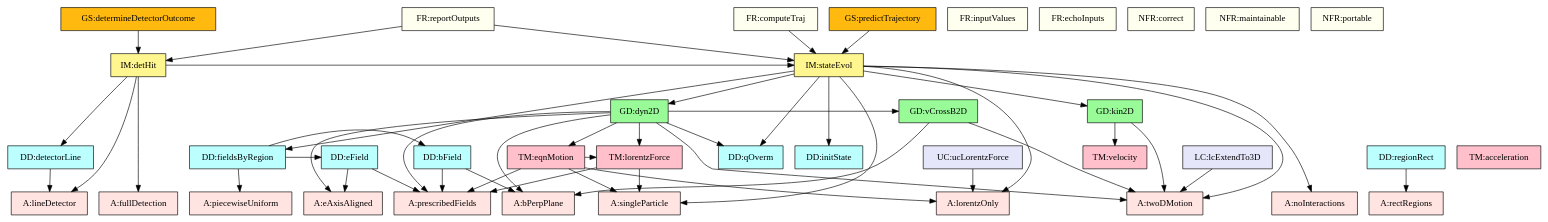
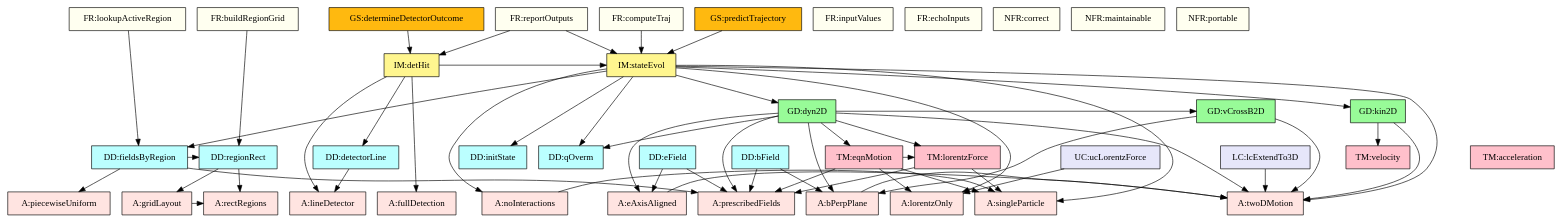
The diagram in code/drasil-example/trajecto/TraceyGraph/allvsall.dot (JoeZZG/Drasil741), drawn with Graphviz before and after one commit. The commit also changed 64 other files, not shown here.

```diff
--- a/code/drasil-example/trajecto/TraceyGraph/allvsall.dot
+++ b/code/drasil-example/trajecto/TraceyGraph/allvsall.dot
@@ -1,119 +1,129 @@
 digraph "allvsall" {
+    "instance:noInteractions" -> "instance:singleParticle";
+    "instance:bPerpPlane" -> "instance:twoDMotion";
+    "instance:eAxisAligned" -> "instance:twoDMotion";
+    "instance:gridLayout" -> "instance:rectRegions";
     "dataDefn:Evec" -> "instance:prescribedFields";
     "dataDefn:Evec" -> "instance:eAxisAligned";
     "dataDefn:Bvec" -> "instance:prescribedFields";
     "dataDefn:Bvec" -> "instance:bPerpPlane";
     "dataDefn:Ri" -> "instance:rectRegions";
+    "dataDefn:Ri" -> "instance:gridLayout";
     "dataDefn:Ei" -> "instance:piecewiseUniform";
-    "dataDefn:Ei" -> "dataDefn:Evec";
-    "dataDefn:Ei" -> "dataDefn:Bvec";
+    "dataDefn:Ei" -> "instance:prescribedFields";
+    "dataDefn:Ei" -> "dataDefn:Ri";
     "dataDefn:Ldet" -> "instance:lineDetector";
     "theory:lorentzForceCS" -> "instance:singleParticle";
     "theory:lorentzForceCS" -> "instance:prescribedFields";
     "theory:eqnMotionCS" -> "instance:singleParticle";
     "theory:eqnMotionCS" -> "instance:prescribedFields";
     "theory:eqnMotionCS" -> "instance:lorentzOnly";
     "theory:eqnMotionCS" -> "theory:lorentzForceCS";
     "theory:kin2DRC" -> "instance:twoDMotion";
     "theory:kin2DRC" -> "theory:velocityTM";
     "theory:vCrossB" -> "instance:twoDMotion";
     "theory:vCrossB" -> "instance:bPerpPlane";
     "theory:dyn2DRC" -> "instance:prescribedFields";
     "theory:dyn2DRC" -> "instance:twoDMotion";
     "theory:dyn2DRC" -> "instance:bPerpPlane";
     "theory:dyn2DRC" -> "instance:eAxisAligned";
     "theory:dyn2DRC" -> "dataDefn:kappa";
     "theory:dyn2DRC" -> "theory:lorentzForceCS";
     "theory:dyn2DRC" -> "theory:eqnMotionCS";
     "theory:dyn2DRC" -> "theory:vCrossB";
     "theory:stateEvolRC" -> "instance:singleParticle";
     "theory:stateEvolRC" -> "instance:noInteractions";
     "theory:stateEvolRC" -> "instance:twoDMotion";
     "theory:stateEvolRC" -> "instance:lorentzOnly";
     "theory:stateEvolRC" -> "dataDefn:kappa";
     "theory:stateEvolRC" -> "dataDefn:s0";
     "theory:stateEvolRC" -> "dataDefn:Ei";
     "theory:stateEvolRC" -> "theory:kin2DRC";
     "theory:stateEvolRC" -> "theory:dyn2DRC";
-    "theory:detHitIM" -> "instance:lineDetector";
-    "theory:detHitIM" -> "instance:fullDetection";
-    "theory:detHitIM" -> "dataDefn:Ldet";
-    "theory:detHitIM" -> "theory:stateEvolRC";
+    "theory:detHitRC" -> "instance:lineDetector";
+    "theory:detHitRC" -> "instance:fullDetection";
+    "theory:detHitRC" -> "dataDefn:Ldet";
+    "theory:detHitRC" -> "theory:stateEvolRC";
+    "instance:buildRegionGrid" -> "dataDefn:Ri";
+    "instance:lookupActiveRegion" -> "dataDefn:Ei";
     "instance:computeTraj" -> "theory:stateEvolRC";
     "instance:reportOutputs" -> "theory:stateEvolRC";
-    "instance:reportOutputs" -> "theory:detHitIM";
+    "instance:reportOutputs" -> "theory:detHitRC";
     "instance:predictTrajectory" -> "theory:stateEvolRC";
-    "instance:determineDetectorOutcome" -> "theory:detHitIM";
+    "instance:determineDetectorOutcome" -> "theory:detHitRC";
     "instance:lcExtendTo3D" -> "instance:twoDMotion";
     "instance:ucLorentzForce" -> "instance:lorentzOnly";
     "instance:piecewiseUniform" [shape=box, color=black, style=filled, fillcolor="mistyrose", label="A:piecewiseUniform"];
     "instance:singleParticle" [shape=box, color=black, style=filled, fillcolor="mistyrose", label="A:singleParticle"];
     "instance:noInteractions" [shape=box, color=black, style=filled, fillcolor="mistyrose", label="A:noInteractions"];
     "instance:prescribedFields" [shape=box, color=black, style=filled, fillcolor="mistyrose", label="A:prescribedFields"];
     "instance:twoDMotion" [shape=box, color=black, style=filled, fillcolor="mistyrose", label="A:twoDMotion"];
     "instance:bPerpPlane" [shape=box, color=black, style=filled, fillcolor="mistyrose", label="A:bPerpPlane"];
     "instance:eAxisAligned" [shape=box, color=black, style=filled, fillcolor="mistyrose", label="A:eAxisAligned"];
     "instance:rectRegions" [shape=box, color=black, style=filled, fillcolor="mistyrose", label="A:rectRegions"];
+    "instance:gridLayout" [shape=box, color=black, style=filled, fillcolor="mistyrose", label="A:gridLayout"];
     "instance:lineDetector" [shape=box, color=black, style=filled, fillcolor="mistyrose", label="A:lineDetector"];
     "instance:fullDetection" [shape=box, color=black, style=filled, fillcolor="mistyrose", label="A:fullDetection"];
     "instance:lorentzOnly" [shape=box, color=black, style=filled, fillcolor="mistyrose", label="A:lorentzOnly"];
     subgraph "A" {
         rank="same";
-        "instance:piecewiseUniform" "instance:singleParticle" "instance:noInteractions" "instance:prescribedFields" "instance:twoDMotion" "instance:bPerpPlane" "instance:eAxisAligned" "instance:rectRegions" "instance:lineDetector" "instance:fullDetection" "instance:lorentzOnly";
+        "instance:piecewiseUniform" "instance:singleParticle" "instance:noInteractions" "instance:prescribedFields" "instance:twoDMotion" "instance:bPerpPlane" "instance:eAxisAligned" "instance:rectRegions" "instance:gridLayout" "instance:lineDetector" "instance:fullDetection" "instance:lorentzOnly";
     }
     "dataDefn:kappa" [shape=box, color=black, style=filled, fillcolor="paleturquoise1", label="DD:qOverm"];
     "dataDefn:s0" [shape=box, color=black, style=filled, fillcolor="paleturquoise1", label="DD:initState"];
     "dataDefn:Evec" [shape=box, color=black, style=filled, fillcolor="paleturquoise1", label="DD:eField"];
     "dataDefn:Bvec" [shape=box, color=black, style=filled, fillcolor="paleturquoise1", label="DD:bField"];
     "dataDefn:Ri" [shape=box, color=black, style=filled, fillcolor="paleturquoise1", label="DD:regionRect"];
     "dataDefn:Ei" [shape=box, color=black, style=filled, fillcolor="paleturquoise1", label="DD:fieldsByRegion"];
     "dataDefn:Ldet" [shape=box, color=black, style=filled, fillcolor="paleturquoise1", label="DD:detectorLine"];
     subgraph "DD" {
         rank="same";
         "dataDefn:kappa" "dataDefn:s0" "dataDefn:Evec" "dataDefn:Bvec" "dataDefn:Ri" "dataDefn:Ei" "dataDefn:Ldet";
     }
     "theory:velocityTM" [shape=box, color=black, style=filled, fillcolor="pink", label="TM:velocity"];
     "theory:accelerationTM" [shape=box, color=black, style=filled, fillcolor="pink", label="TM:acceleration"];
     "theory:lorentzForceCS" [shape=box, color=black, style=filled, fillcolor="pink", label="TM:lorentzForce"];
     "theory:eqnMotionCS" [shape=box, color=black, style=filled, fillcolor="pink", label="TM:eqnMotion"];
     subgraph "TM" {
         rank="same";
         "theory:velocityTM" "theory:accelerationTM" "theory:lorentzForceCS" "theory:eqnMotionCS";
     }
     "theory:kin2DRC" [shape=box, color=black, style=filled, fillcolor="palegreen", label="GD:kin2D"];
     "theory:vCrossB" [shape=box, color=black, style=filled, fillcolor="palegreen", label="GD:vCrossB2D"];
     "theory:dyn2DRC" [shape=box, color=black, style=filled, fillcolor="palegreen", label="GD:dyn2D"];
     subgraph "GD" {
         rank="same";
         "theory:kin2DRC" "theory:vCrossB" "theory:dyn2DRC";
     }
     "theory:stateEvolRC" [shape=box, color=black, style=filled, fillcolor="khaki1", label="IM:stateEvol"];
-    "theory:detHitIM" [shape=box, color=black, style=filled, fillcolor="khaki1", label="IM:detHit"];
+    "theory:detHitRC" [shape=box, color=black, style=filled, fillcolor="khaki1", label="IM:detHit"];
     subgraph "IM" {
         rank="same";
-        "theory:stateEvolRC" "theory:detHitIM";
+        "theory:stateEvolRC" "theory:detHitRC";
     }
     "instance:inputValues" [shape=box, color=black, style=filled, fillcolor="ivory", label="FR:inputValues"];
     "instance:echoInputs" [shape=box, color=black, style=filled, fillcolor="ivory", label="FR:echoInputs"];
+    "instance:buildRegionGrid" [shape=box, color=black, style=filled, fillcolor="ivory", label="FR:buildRegionGrid"];
+    "instance:lookupActiveRegion" [shape=box, color=black, style=filled, fillcolor="ivory", label="FR:lookupActiveRegion"];
     "instance:computeTraj" [shape=box, color=black, style=filled, fillcolor="ivory", label="FR:computeTraj"];
     "instance:reportOutputs" [shape=box, color=black, style=filled, fillcolor="ivory", label="FR:reportOutputs"];
     "instance:correct" [shape=box, color=black, style=filled, fillcolor="ivory", label="NFR:correct"];
     "instance:maintainable" [shape=box, color=black, style=filled, fillcolor="ivory", label="NFR:maintainable"];
     "instance:portable" [shape=box, color=black, style=filled, fillcolor="ivory", label="NFR:portable"];
     subgraph "FR" {
         rank="same";
-        "instance:inputValues" "instance:echoInputs" "instance:computeTraj" "instance:reportOutputs" "instance:correct" "instance:maintainable" "instance:portable";
+        "instance:inputValues" "instance:echoInputs" "instance:buildRegionGrid" "instance:lookupActiveRegion" "instance:computeTraj" "instance:reportOutputs" "instance:correct" "instance:maintainable" "instance:portable";
     }
     "instance:predictTrajectory" [shape=box, color=black, style=filled, fillcolor="darkgoldenrod1", label="GS:predictTrajectory"];
     "instance:determineDetectorOutcome" [shape=box, color=black, style=filled, fillcolor="darkgoldenrod1", label="GS:determineDetectorOutcome"];
     subgraph "GS" {
         rank="same";
         "instance:predictTrajectory" "instance:determineDetectorOutcome";
     }
     "instance:lcExtendTo3D" [shape=box, color=black, style=filled, fillcolor="lavender", label="LC:lcExtendTo3D"];
     "instance:ucLorentzForce" [shape=box, color=black, style=filled, fillcolor="lavender", label="UC:ucLorentzForce"];
     subgraph "LC" {
         rank="same";
         "instance:lcExtendTo3D" "instance:ucLorentzForce";
     }
 }
```
